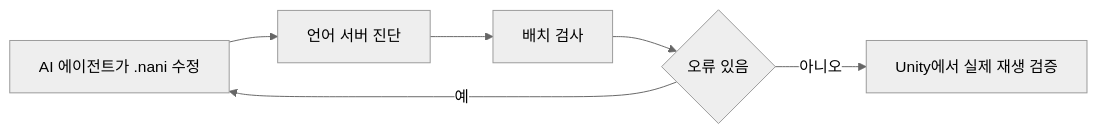
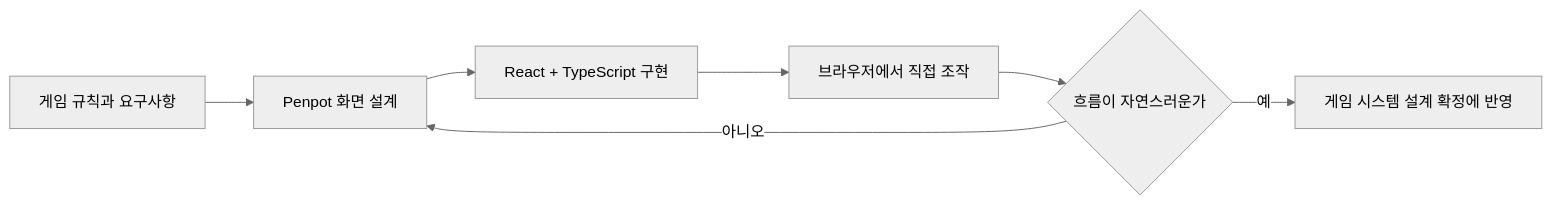
One commit to chaaaron000/game-project-code-archive changed the second of 7 diagrams in VisualNovelDev/README.md. Above: the diagram before and after it, drawn with Mermaid (neutral theme). The commit also changed other lines of this file, not shown here.

Commit message:
비주얼 노벨 Penpot·React 프로토타입 개발 사례 추가

````diff
--- a/VisualNovelDev/README.md
+++ b/VisualNovelDev/README.md
@@ -9,8 +36,9 @@
 ```mermaid
 flowchart LR
-    A[AI 에이전트가 .nani 수정] --> B[언어 서버 진단]
-    B --> C[배치 검사]
-    C --> D{오류 있음}
-    D -->|예| A
-    D -->|아니오| E[Unity에서 실제 재생 검증]
+    A[게임 규칙과 요구사항] --> B[Penpot 화면 설계]
+    B --> C[React + TypeScript 구현]
+    C --> D[브라우저에서 직접 조작]
+    D --> E{흐름이 자연스러운가}
+    E -->|아니오| B
+    E -->|예| F[게임 시스템 설계 확정에 반영]
 ```
````
